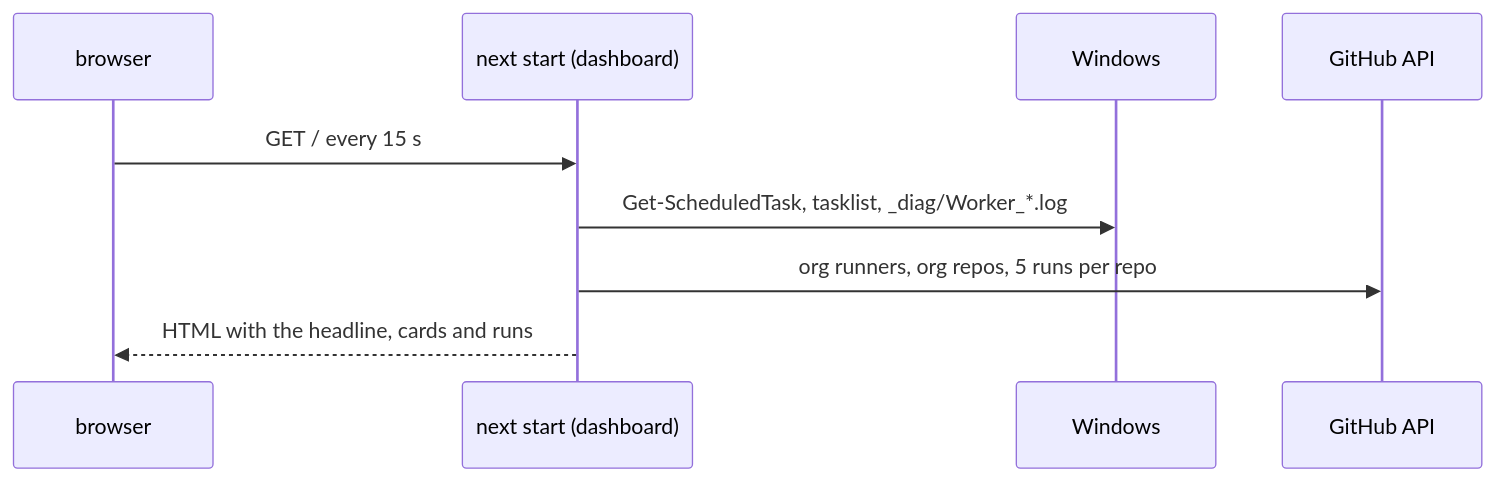
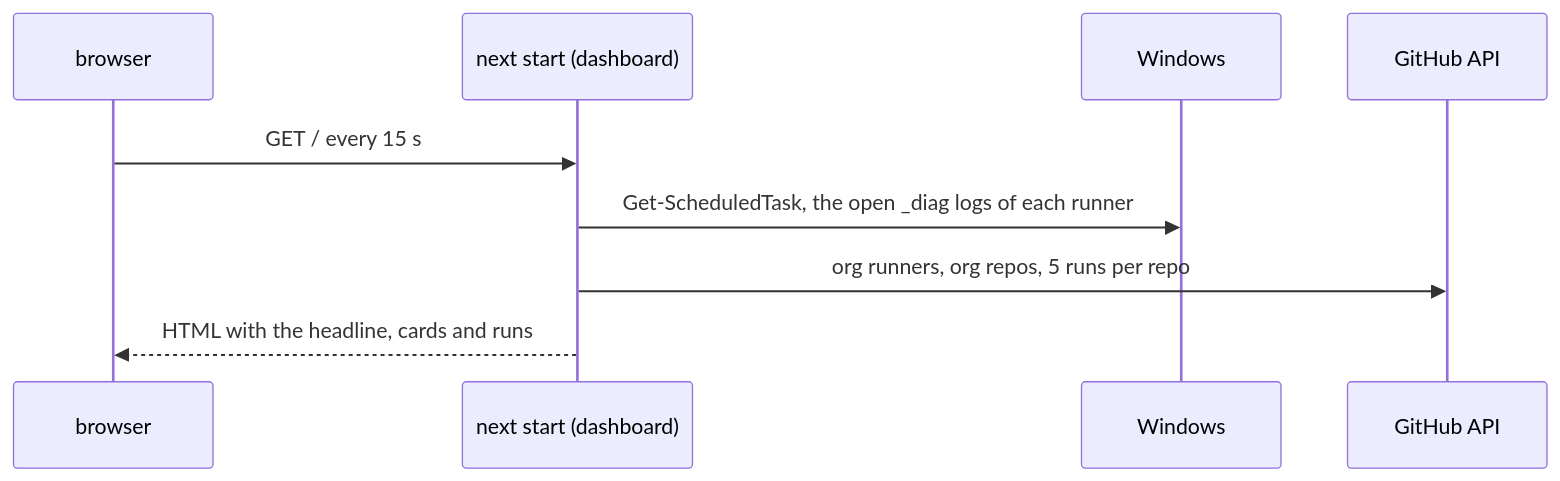
The third of 3 diagrams in docs/architecture.md (workbench-soft/local-ci), drawn with Mermaid before and after one commit. The commit also changed other lines of this file and 4 other files, not shown here.

````diff
--- a/docs/architecture.md
+++ b/docs/architecture.md
@@ -70,11 +71,11 @@
 ```mermaid
 sequenceDiagram
   participant B as browser
   participant N as next start (dashboard)
   participant W as Windows
   participant G as GitHub API
   B->>N: GET / every 15 s
-  N->>W: Get-ScheduledTask, tasklist, _diag/Worker_*.log
+  N->>W: Get-ScheduledTask, the open _diag logs of each runner
   N->>G: org runners, org repos, 5 runs per repo
   N-->>B: HTML with the headline, cards and runs
 ```
````
